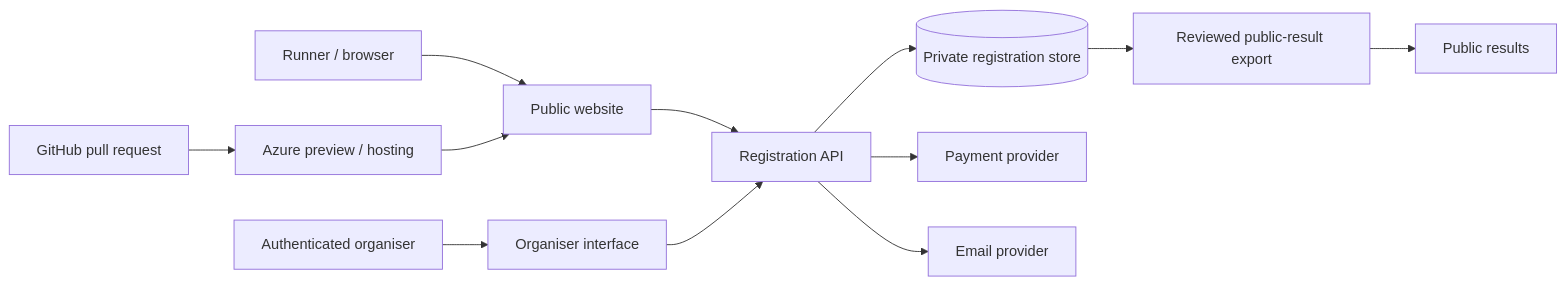
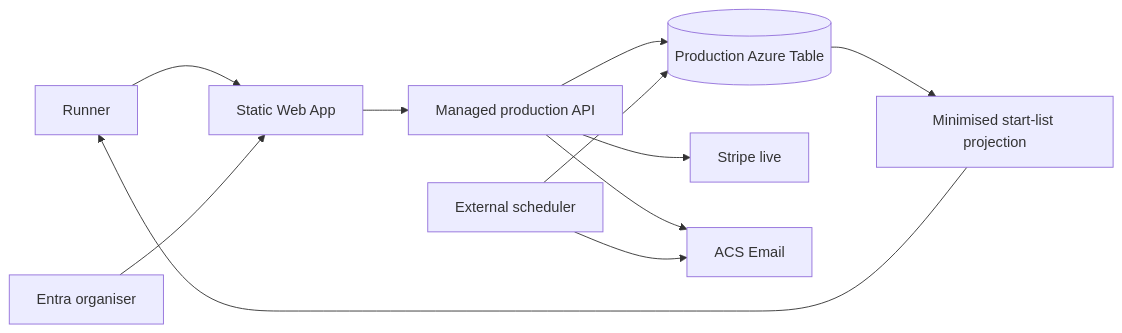
One commit to sickwrangler/blorengefellrace changed the diagram in docs/registration-architecture.md. Above: the diagram before and after it, drawn with Mermaid. The commit also changed other lines of this file and 34 other files, not shown here.

````diff
--- a/docs/registration-architecture.md
+++ b/docs/registration-architecture.md
@@ -13,14 +9,13 @@
 ```mermaid
 flowchart LR
-    R[Runner / browser] --> W[Public website]
-    W --> API[Registration API]
-    API --> DB[(Private registration store)]
-    API --> PAY[Payment provider]
-    API --> MAIL[Email provider]
-    O[Authenticated organiser] --> ADMIN[Organiser interface]
-    ADMIN --> API
-    DB --> EXPORT[Reviewed public-result export]
-    EXPORT --> RESULTS[Public results]
-    GH[GitHub pull request] --> AZ[Azure preview / hosting]
-    AZ --> W
+    R[Runner] --> WEB[Static Web App]
+    O[Entra organiser] --> WEB
+    WEB --> API[Managed production API]
+    API --> DB[(Production Azure Table)]
+    API --> PAY[Stripe live]
+    API --> MAIL[ACS Email]
+    S[External scheduler] --> DB
+    S --> MAIL
+    DB --> PROJ[Minimised start-list projection]
+    PROJ --> R
 ```
````
